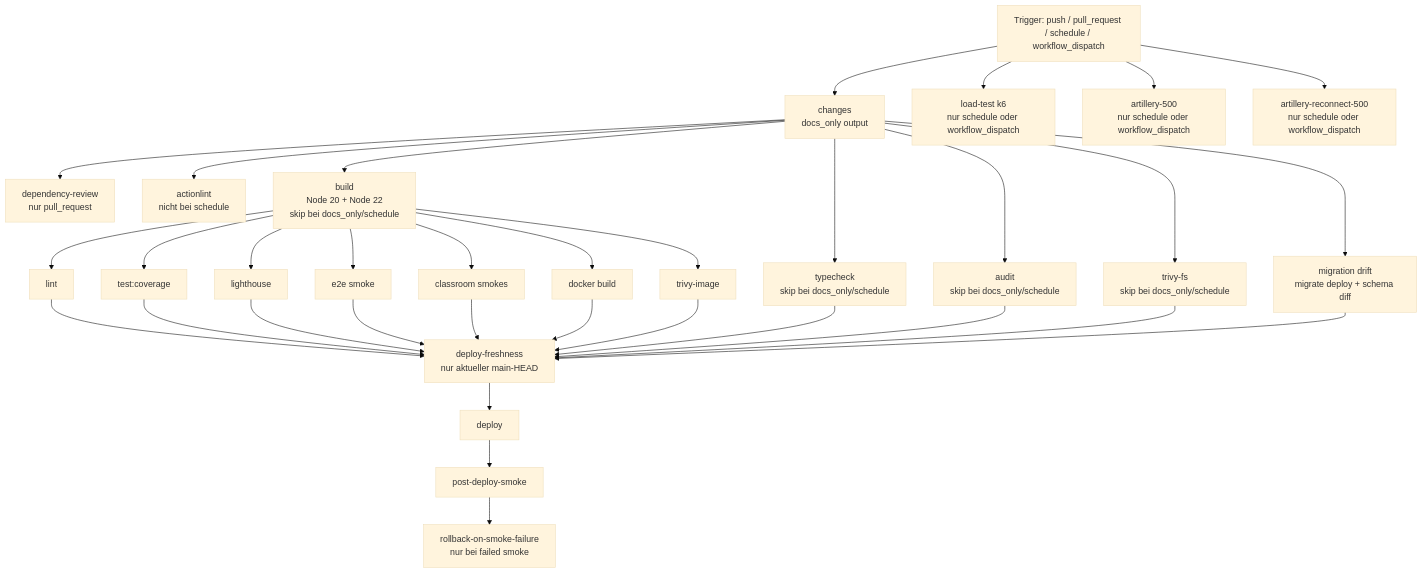
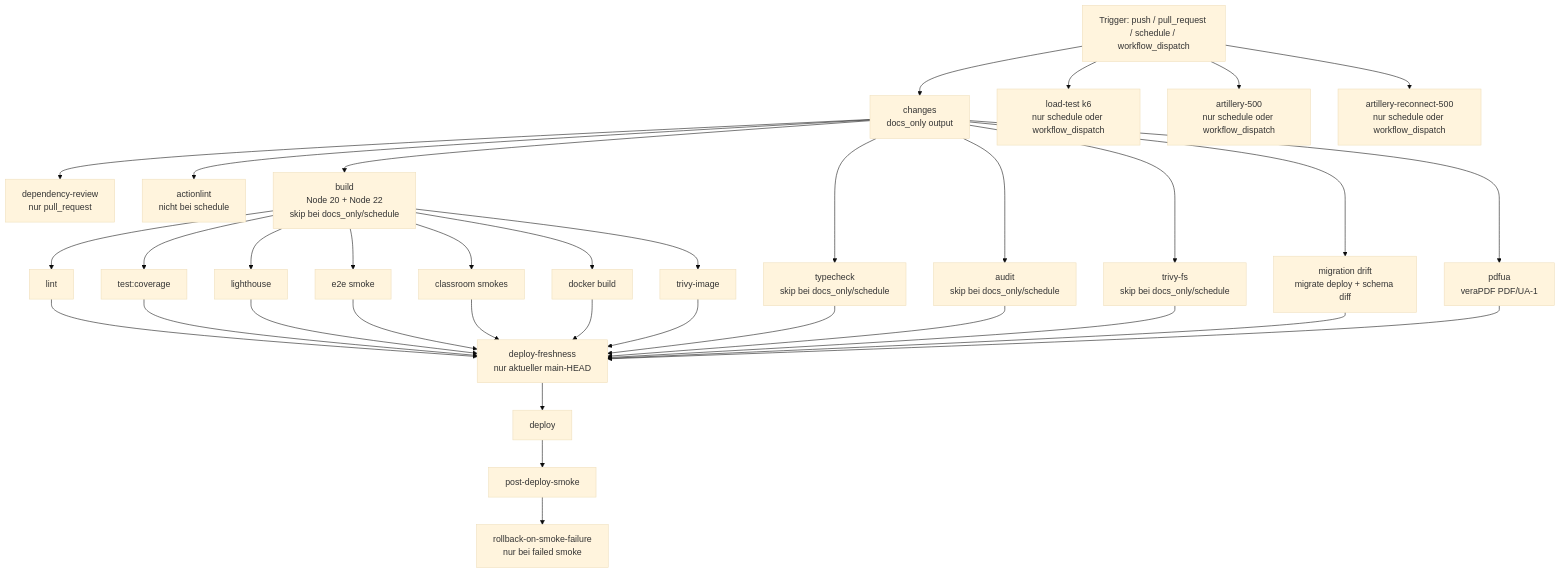
Before and after one commit to kqc-real/arsnova.eu: the diagram in docs/CI-WORKFLOW.md, drawn with Mermaid (base theme). The commit also changed other lines of this file and 8 other files, not shown here.

````diff
--- a/docs/CI-WORKFLOW.md
+++ b/docs/CI-WORKFLOW.md
@@ -63,42 +64,44 @@
 ```mermaid
 flowchart TD
   A[Trigger: push / pull_request / schedule / workflow_dispatch]
   A --> Z[changes<br/>docs_only output]
 
   Z --> B[dependency-review<br/>nur pull_request]
   Z --> C[actionlint<br/>nicht bei schedule]
   Z --> D[build<br/>Node 20 + Node 22<br/>skip bei docs_only/schedule]
   Z --> E[typecheck<br/>skip bei docs_only/schedule]
   Z --> F[audit<br/>skip bei docs_only/schedule]
   Z --> G[trivy-fs<br/>skip bei docs_only/schedule]
   Z --> G2[migration drift<br/>migrate deploy + schema diff]
+  Z --> PUA[pdfua<br/>veraPDF PDF/UA-1]
 
   D --> H[lint]
   D --> I[test:coverage]
   D --> J[lighthouse]
   D --> K[e2e smoke]
   D --> K2[classroom smokes]
   D --> L[docker build]
   D --> M[trivy-image]
 
   H --> Q[deploy-freshness<br/>nur aktueller main-HEAD]
   I --> Q
   J --> Q
   K --> Q
   K2 --> Q
   L --> Q
   E --> Q
   F --> Q
   G --> Q
   G2 --> Q
+  PUA --> Q
   M --> Q
 
   Q --> N[deploy]
 
   N --> O[post-deploy-smoke]
   O --> P[rollback-on-smoke-failure<br/>nur bei failed smoke]
 
   A --> R[load-test k6<br/>nur schedule oder workflow_dispatch]
   A --> R2[artillery-500<br/>nur schedule oder workflow_dispatch]
   A --> R2a[artillery-reconnect-500<br/>nur schedule oder workflow_dispatch]
 ```
````
